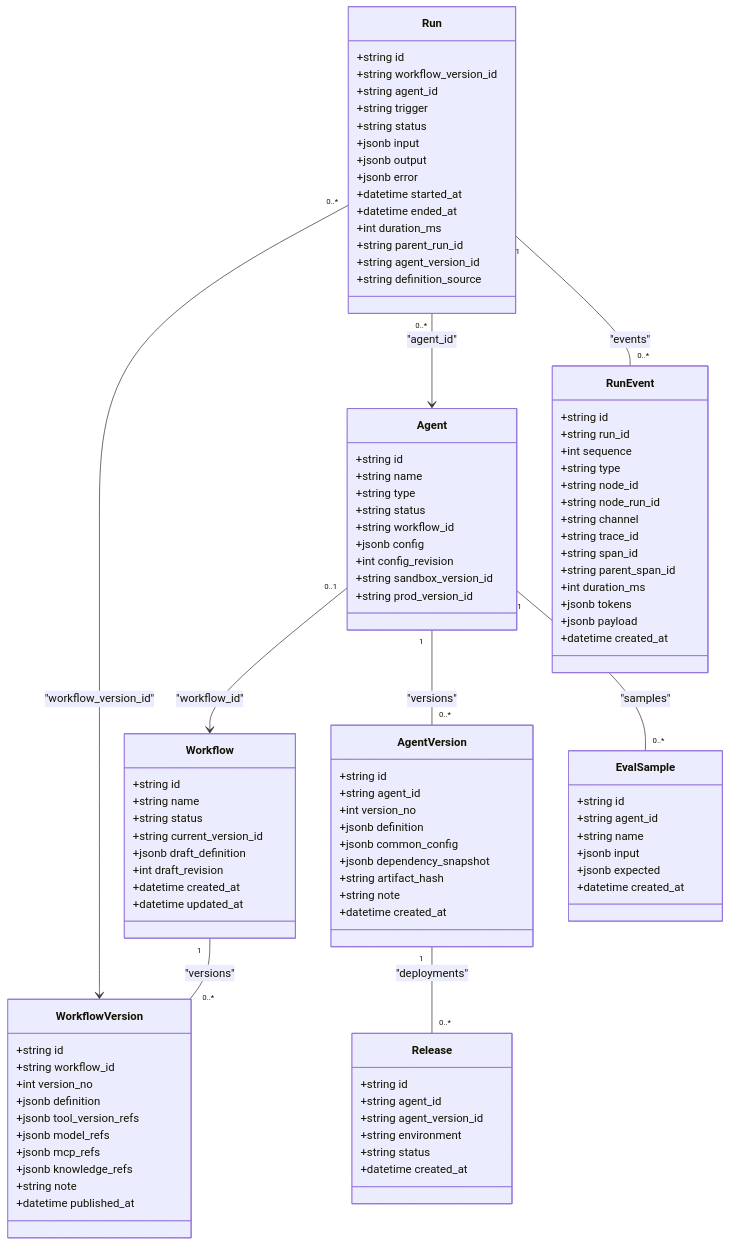
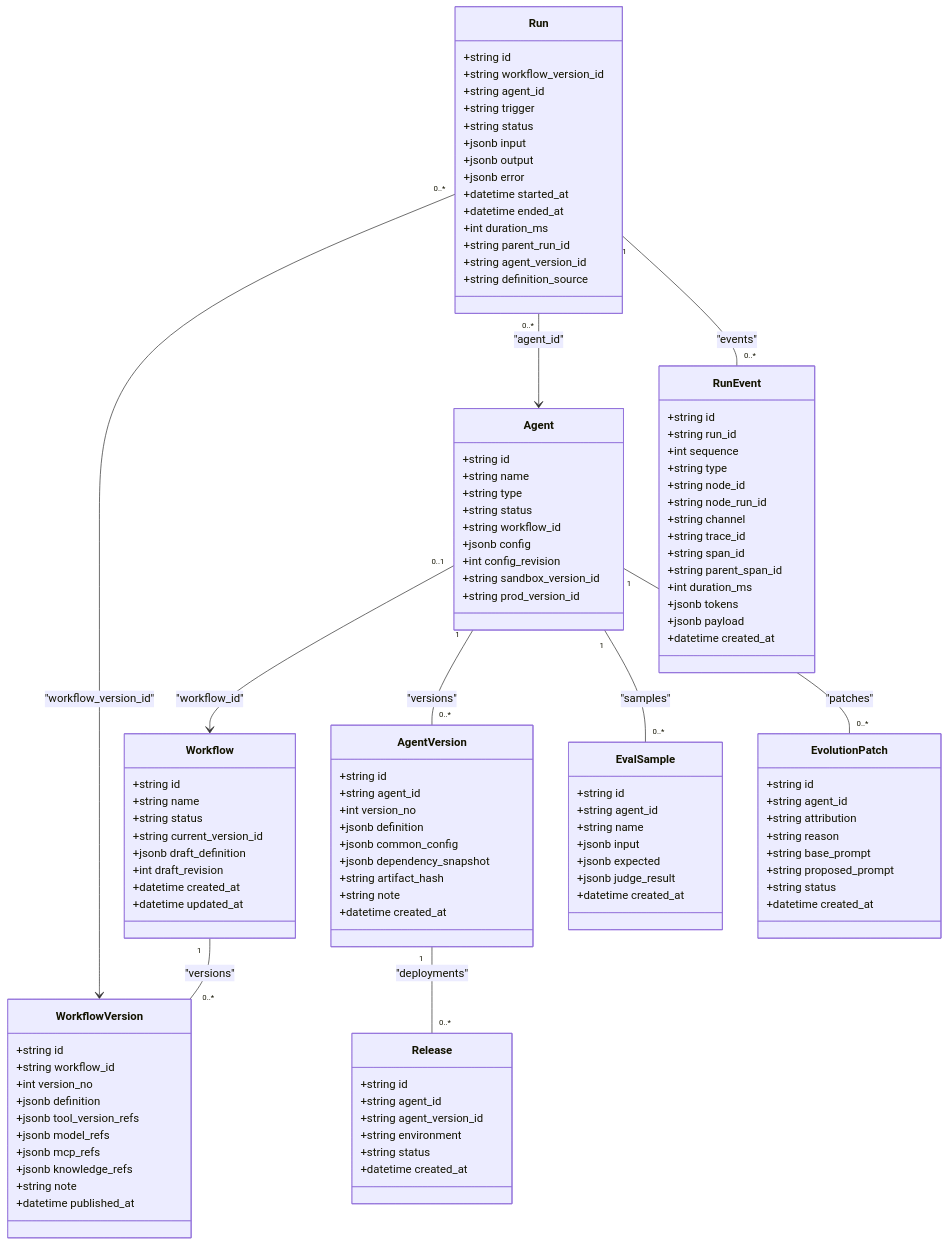
The second of 3 diagrams in .qoder/repowiki/zh/content/Agent 与工作流域.md (huiliuxu780/MoreThanCorn), drawn with Mermaid before and after one commit. The commit also changed other lines of this file and 102 other files, not shown here.

```diff
--- a/.qoder/repowiki/zh/content/Agent 与工作流域.md
+++ b/.qoder/repowiki/zh/content/Agent 与工作流域.md
@@ -231,6 +245,17 @@
 +string name
 +jsonb input
 +jsonb expected
++jsonb judge_result
++datetime created_at
+}
+class EvolutionPatch {
++string id
++string agent_id
++string attribution
++string reason
++string base_prompt
++string proposed_prompt
++string status
 +datetime created_at
 }
 class Run {
@@ -270,6 +295,7 @@
 Agent "1" -- "0..*" AgentVersion : "versions"
 AgentVersion "1" -- "0..*" Release : "deployments"
 Agent "1" -- "0..*" EvalSample : "samples"
+Agent "1" -- "0..*" EvolutionPatch : "patches"
 Run "0..*" --> WorkflowVersion : "workflow_version_id"
 Run "0..*" --> Agent : "agent_id"
 Run "1" -- "0..*" RunEvent : "events"
```
